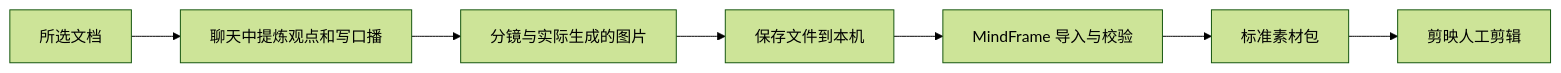
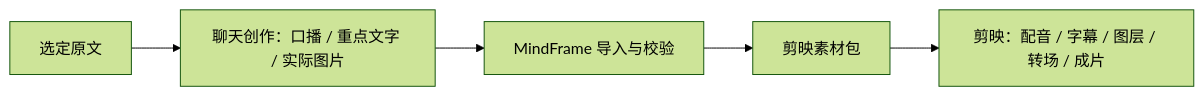
One commit to XiaoWeiKIN/MindFrame changed the diagram in README.md. Above: the diagram before and after it, drawn with Mermaid (forest theme). The commit also changed other lines of this file and 17 other files, not shown here.

````diff
--- a/README.md
+++ b/README.md
@@ -10,9 +8,7 @@
 ```mermaid
 flowchart LR
-  A[所选文档] --> B[聊天中提炼观点和写口播]
-  B --> C[分镜与实际生成的图片]
-  C --> D[保存文件到本机]
-  D --> E[MindFrame 导入与校验]
-  E --> F[标准素材包]
-  F --> G[剪映人工剪辑]
+    A[选定原文] --> B[聊天创作：口播 / 重点文字 / 实际图片]
+    B --> C[MindFrame 导入与校验]
+    C --> D[剪映素材包]
+    D --> E[剪映：配音 / 字幕 / 图层 / 转场 / 成片]
 ```
````
